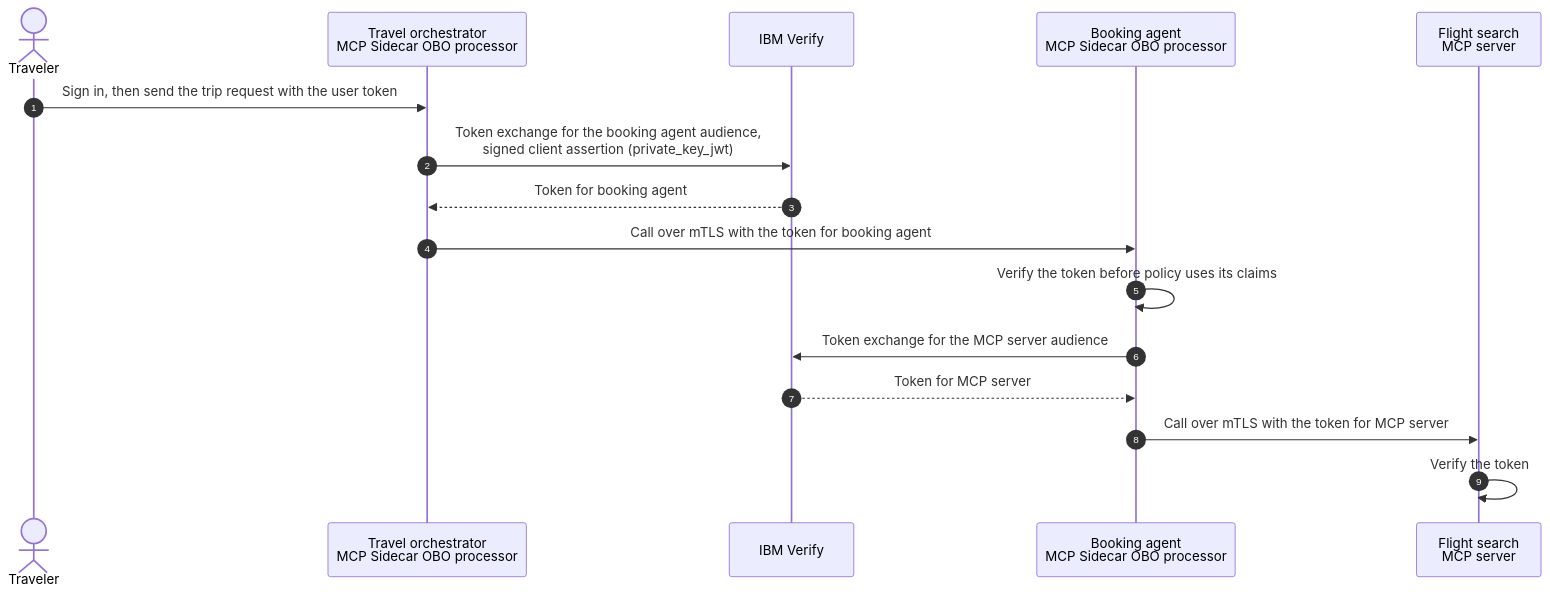
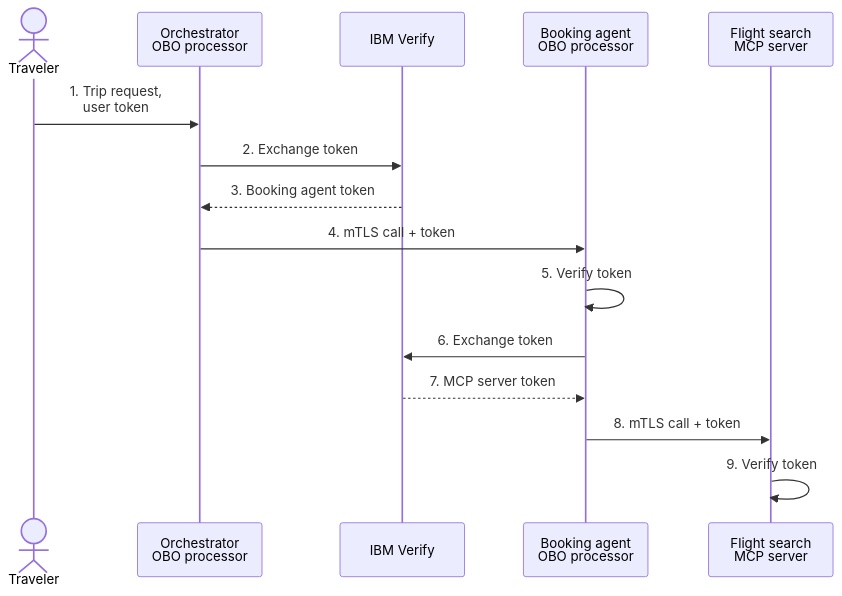
Before and after one commit to hashicorp/web-unified-docs: the diagram in content/consul/v2.1.x/diagram-sources/obo-token-exchange.mmd, drawn with Mermaid. The commit also changed 9 other files, not shown here.

First line of the commit message:
Fit the OBO sequence diagram to the content column

```diff
--- a/content/consul/v2.1.x/diagram-sources/obo-token-exchange.mmd
+++ b/content/consul/v2.1.x/diagram-sources/obo-token-exchange.mmd
@@ -1,17 +1,16 @@
 sequenceDiagram
-  autonumber
   actor traveler as Traveler
-  participant orch as Travel orchestrator<br/>MCP Sidecar OBO processor
+  participant orch as Orchestrator<br/>OBO processor
   participant idp as IBM Verify
-  participant booking as Booking agent<br/>MCP Sidecar OBO processor
+  participant booking as Booking agent<br/>OBO processor
   participant mcp as Flight search<br/>MCP server
 
-  traveler->>orch: Sign in, then send the trip request with the user token
-  orch->>idp: Token exchange for the booking agent audience,<br/>signed client assertion (private_key_jwt)
-  idp-->>orch: Token for booking agent
-  orch->>booking: Call over mTLS with the token for booking agent
-  booking->>booking: Verify the token before policy uses its claims
-  booking->>idp: Token exchange for the MCP server audience
-  idp-->>booking: Token for MCP server
-  booking->>mcp: Call over mTLS with the token for MCP server
-  mcp->>mcp: Verify the token
+  traveler->>orch: 1. Trip request,<br/>user token
+  orch->>idp: 2. Exchange token
+  idp-->>orch: 3. Booking agent token
+  orch->>booking: 4. mTLS call + token
+  booking->>booking: 5. Verify token
+  booking->>idp: 6. Exchange token
+  idp-->>booking: 7. MCP server token
+  booking->>mcp: 8. mTLS call + token
+  mcp->>mcp: 9. Verify token
```
